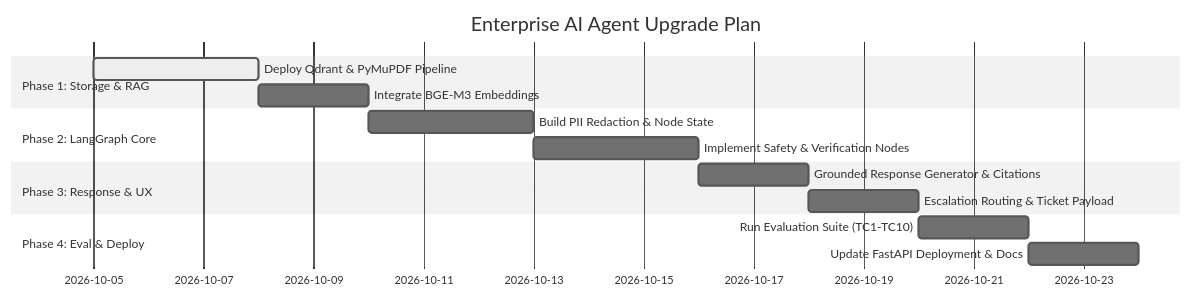
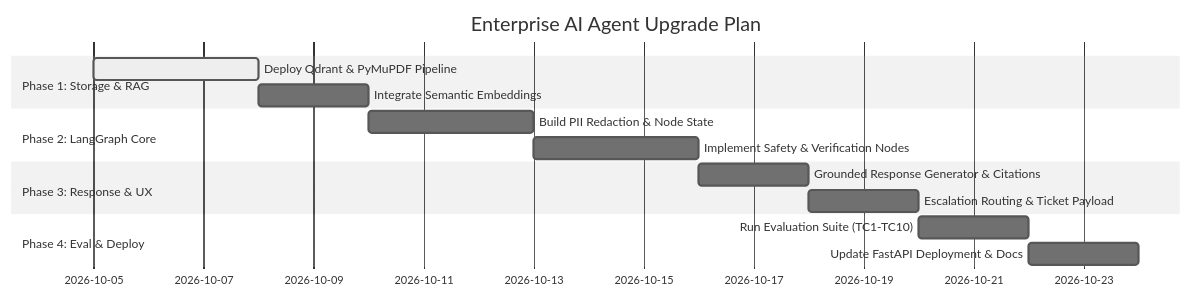
The second of 2 diagrams in capstone_project/docs/architecture_blueprint.md (Ramki2018/CustomerSupportAgent), drawn with Mermaid (neutral theme) before and after one commit. The commit also changed other lines of this file and 25 other files, not shown here.

````diff
--- a/capstone_project/docs/architecture_blueprint.md
+++ b/capstone_project/docs/architecture_blueprint.md
@@ -147,17 +147,17 @@
 ```mermaid
 gantt
     title Enterprise AI Agent Upgrade Plan
     dateFormat  YYYY-MM-DD
     section Phase 1: Storage & RAG
     Deploy Qdrant & PyMuPDF Pipeline    :active, p1, 2026-10-05, 3d
-    Integrate BGE-M3 Embeddings        :p2, after p1, 2d
+    Integrate Semantic Embeddings      :p2, after p1, 2d
     section Phase 2: LangGraph Core
     Build PII Redaction & Node State   :p3, after p2, 3d
     Implement Safety & Verification Nodes: p4, after p3, 3d
     section Phase 3: Response & UX
     Grounded Response Generator & Citations: p5, after p4, 2d
     Escalation Routing & Ticket Payload : p6, after p5, 2d
     section Phase 4: Eval & Deploy
     Run Evaluation Suite (TC1-TC10)    :p7, after p6, 2d
     Update FastAPI Deployment & Docs    :p8, after p7, 2d
 ```
````
